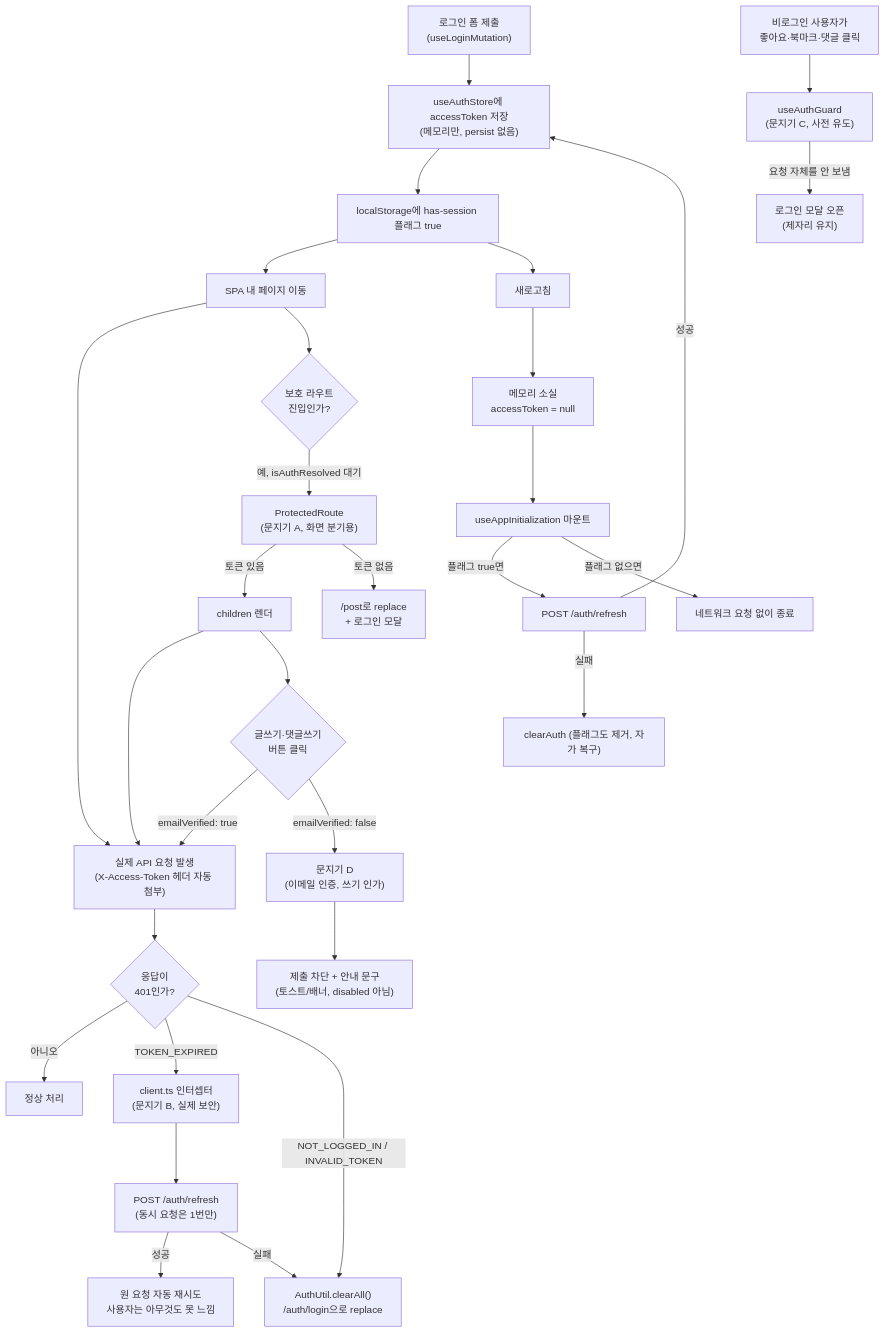
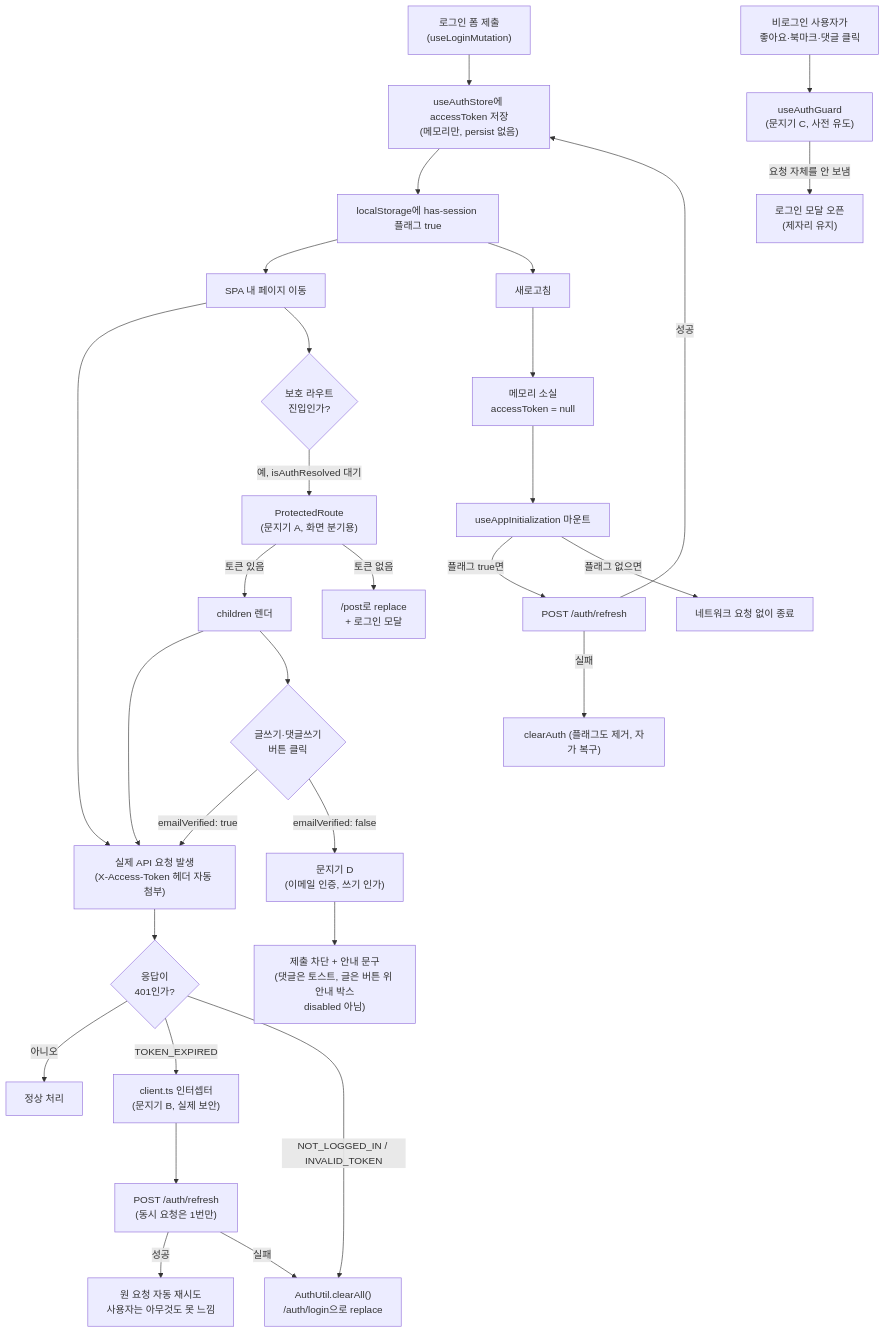
Before and after one commit to BAECHAN/link-sphere_FE_NEW: the first of 2 diagrams in docs/AUTH.md, drawn with Mermaid. The commit also changed other lines of this file and 43 other files, not shown here.

````diff
--- a/docs/AUTH.md
+++ b/docs/AUTH.md
@@ -21,38 +21,38 @@
 ```mermaid
 flowchart TD
     Login["로그인 폼 제출<br/>(useLoginMutation)"] --> Store["useAuthStore에 accessToken 저장<br/>(메모리만, persist 없음)"]
     Store --> Flag["localStorage에 has-session 플래그 true"]
 
     Flag --> Nav["SPA 내 페이지 이동"]
     Nav --> API1["실제 API 요청 발생<br/>(X-Access-Token 헤더 자동 첨부)"]
 
     Flag --> Reload["새로고침"]
     Reload --> MemGone["메모리 소실<br/>accessToken = null"]
     MemGone --> Init["useAppInitialization 마운트"]
     Init -->|"플래그 true면"| Refresh1["POST /auth/refresh"]
     Init -->|"플래그 없으면"| Skip["네트워크 요청 없이 종료"]
     Refresh1 -->|성공| Store
     Refresh1 -->|실패| ClearA["clearAuth (플래그도 제거, 자가 복구)"]
 
     Nav --> Protected{"보호 라우트<br/>진입인가?"}
     Protected -->|예, isAuthResolved 대기| Gate["ProtectedRoute<br/>(문지기 A, 화면 분기용)"]
     Gate -->|"토큰 있음"| Children["children 렌더"]
     Gate -->|"토큰 없음"| RedirectFeed["/post로 replace<br/>+ 로그인 모달"]
 
     Children --> API1
     API1 --> Check401{"응답이<br/>401인가?"}
     Check401 -->|"아니오"| Done["정상 처리"]
     Check401 -->|"TOKEN_EXPIRED"| Interceptor["client.ts 인터셉터<br/>(문지기 B, 실제 보안)"]
     Interceptor --> Refresh2["POST /auth/refresh<br/>(동시 요청은 1번만)"]
     Refresh2 -->|성공| Retry["원 요청 자동 재시도<br/>사용자는 아무것도 못 느낌"]
     Refresh2 -->|실패| ClearB["AuthUtil.clearAll()<br/>/auth/login으로 replace"]
     Check401 -->|"NOT_LOGGED_IN / INVALID_TOKEN"| ClearB
 
     Anon["비로그인 사용자가<br/>좋아요·북마크·댓글 클릭"] --> GuardC["useAuthGuard<br/>(문지기 C, 사전 유도)"]
     GuardC -->|"요청 자체를 안 보냄"| Modal["로그인 모달 오픈<br/>(제자리 유지)"]
 
     Children --> WriteClick{"글쓰기·댓글쓰기<br/>버튼 클릭"}
     WriteClick -->|"emailVerified: true"| API1
     WriteClick -->|"emailVerified: false"| GateD["문지기 D<br/>(이메일 인증, 쓰기 인가)"]
-    GateD --> BlockWrite["제출 차단 + 안내 문구<br/>(토스트/배너, disabled 아님)"]
+    GateD --> BlockWrite["제출 차단 + 안내 문구<br/>(댓글은 토스트, 글은 버튼 위 안내 박스<br/>disabled 아님)"]
 ```
````
